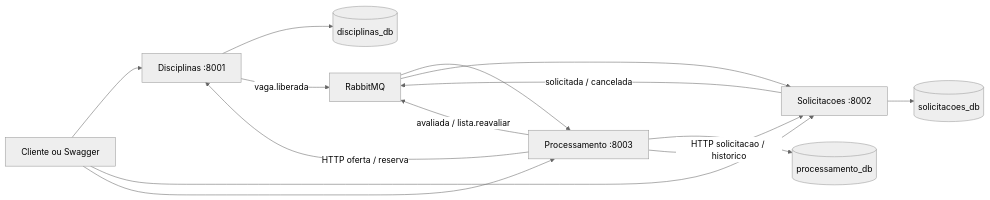
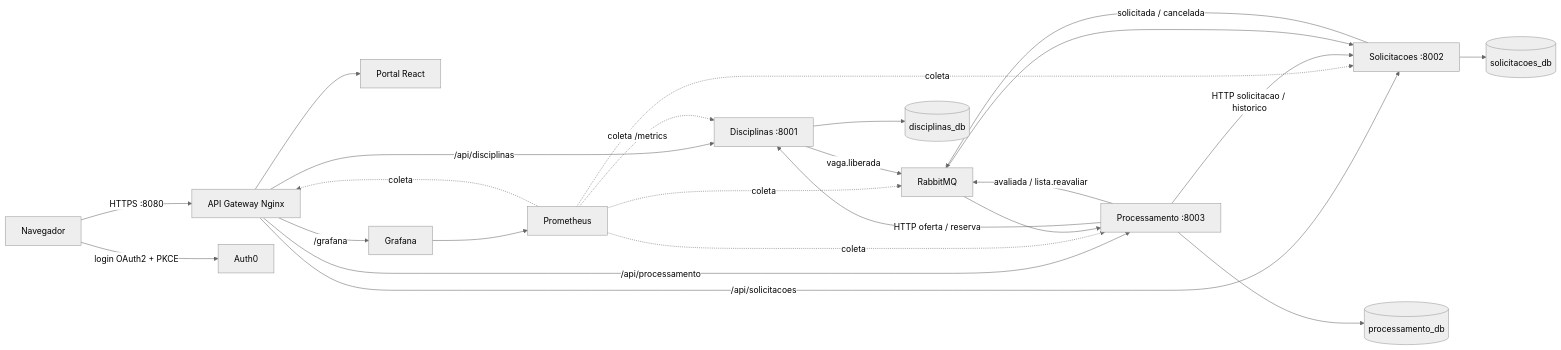
Before and after one commit to nadertaha06/matricula-infra: the diagram in README.md, drawn with Mermaid (neutral theme). The commit also changed other lines of this file and 3 other files, not shown here.

````diff
--- a/README.md
+++ b/README.md
@@ -14,16 +17,26 @@
 ```mermaid
 flowchart LR
-    U[Cliente ou Swagger] --> D[Disciplinas :8001]
-    U --> S[Solicitacoes :8002]
-    U --> P[Processamento :8003]
+    U[Navegador] -->|HTTPS :8080| G[API Gateway Nginx]
+    U -->|login OAuth2 + PKCE| A[Auth0]
+    G --> F[Portal React]
+    G -->|/api/disciplinas| D[Disciplinas :8001]
+    G -->|/api/solicitacoes| S[Solicitacoes :8002]
+    G -->|/api/processamento| P[Processamento :8003]
+    G -->|/grafana| GR[Grafana]
+    GR --> PR[Prometheus]
+    PR -. coleta /metrics .-> D
+    PR -. coleta .-> S
+    PR -. coleta .-> P
+    PR -. coleta .-> G
+    PR -. coleta .-> R
     D --> DB1[(disciplinas_db)]
     S --> DB2[(solicitacoes_db)]
     P --> DB3[(processamento_db)]
     S -->|solicitada / cancelada| R[RabbitMQ]
     D -->|vaga.liberada| R
     R --> P
     P -->|HTTP oferta / reserva| D
     P -->|HTTP solicitacao / historico| S
     P -->|avaliada / lista.reavaliar| R
     R --> S
 ```
````
